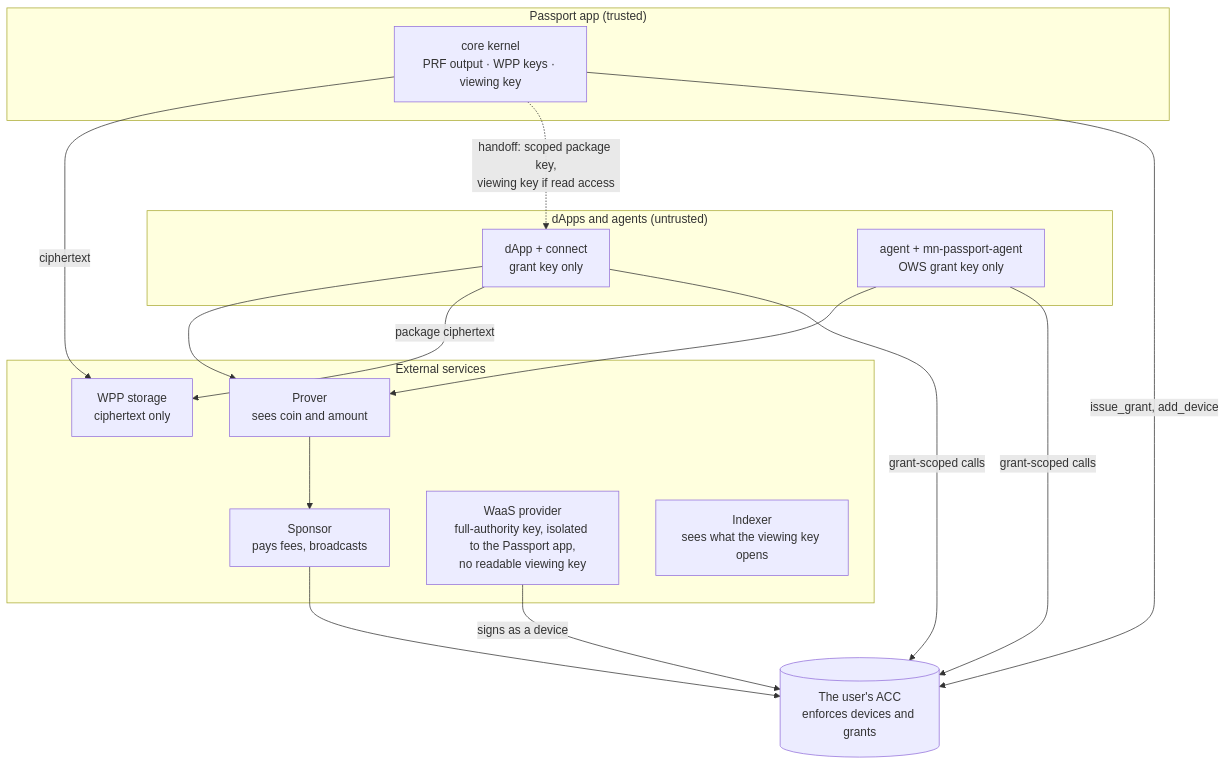
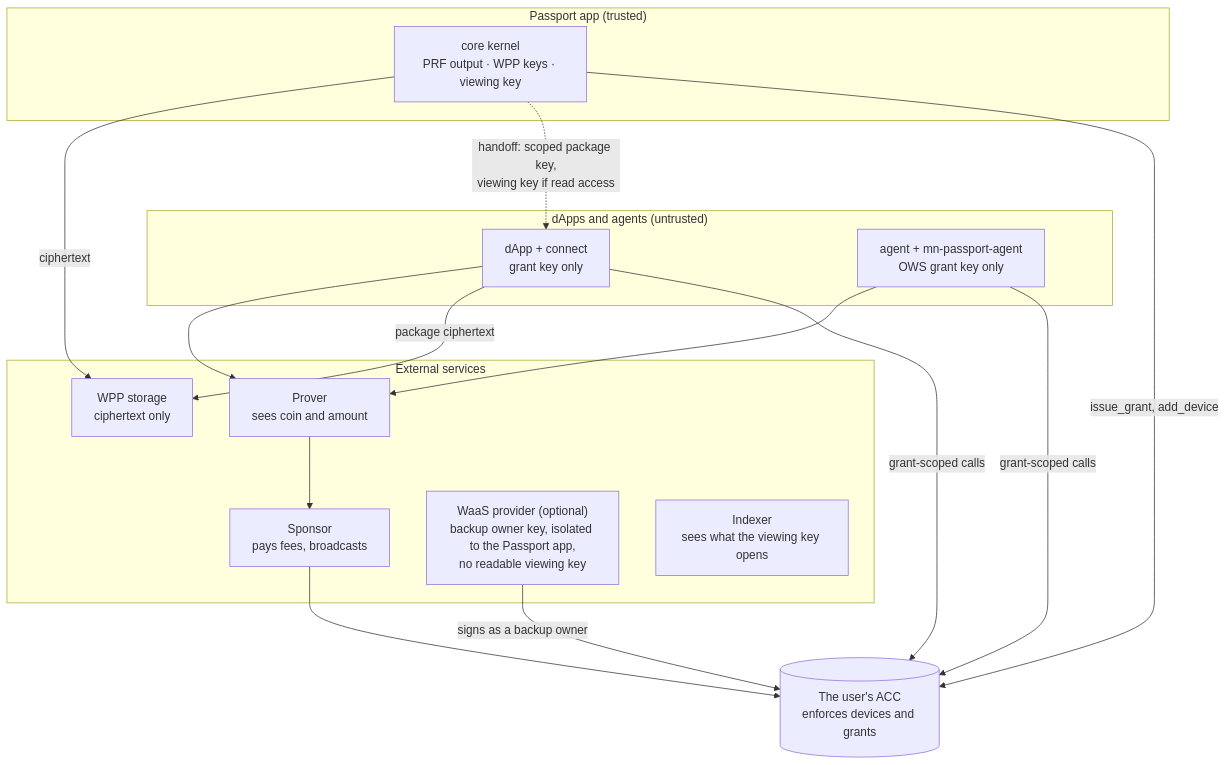
Before and after one commit to midnightntwrk/midnight-passport-sdk: the diagram in docs/architecture.md, drawn with Mermaid. The commit also changed other lines of this file and 2 other files, not shown here.

First line of the commit message:
docs: make the WaaS key an optional backup owner key

````diff
--- a/docs/architecture.md
+++ b/docs/architecture.md
@@ -272,30 +278,30 @@
 ```mermaid
 flowchart TB
   subgraph APP["Passport app (trusted)"]
     KERNEL["core kernel<br/>PRF output · WPP keys · viewing key"]
   end
   subgraph CLIENTS["dApps and agents (untrusted)"]
     DAPP["dApp + connect<br/>grant key only"]
     AGENT["agent + mn-passport-agent<br/>OWS grant key only"]
   end
   subgraph EXT["External services"]
     PROVER["Prover<br/>sees coin and amount"]
     SPONSOR["Sponsor<br/>pays fees, broadcasts"]
-    WAAS["WaaS provider<br/>full-authority key, isolated to the Passport app,<br/>no readable viewing key"]
+    WAAS["WaaS provider (optional)<br/>backup owner key, isolated to the Passport app,<br/>no readable viewing key"]
     WPP["WPP storage<br/>ciphertext only"]
     IDX["Indexer<br/>sees what the viewing key opens"]
   end
   ACC[("The user's ACC<br/>enforces devices and grants")]
 
   KERNEL -->|"issue_grant, add_device"| ACC
   KERNEL -.->|"handoff: scoped package key,<br/>viewing key if read access"| DAPP
   KERNEL -->|"ciphertext"| WPP
   DAPP -->|"grant-scoped calls"| ACC
   AGENT -->|"grant-scoped calls"| ACC
   DAPP -->|"package ciphertext"| WPP
   DAPP --> PROVER
   AGENT --> PROVER
   PROVER --> SPONSOR
   SPONSOR --> ACC
-  WAAS -->|"signs as a device"| ACC
+  WAAS -->|"signs as a backup owner"| ACC
 ```
````
